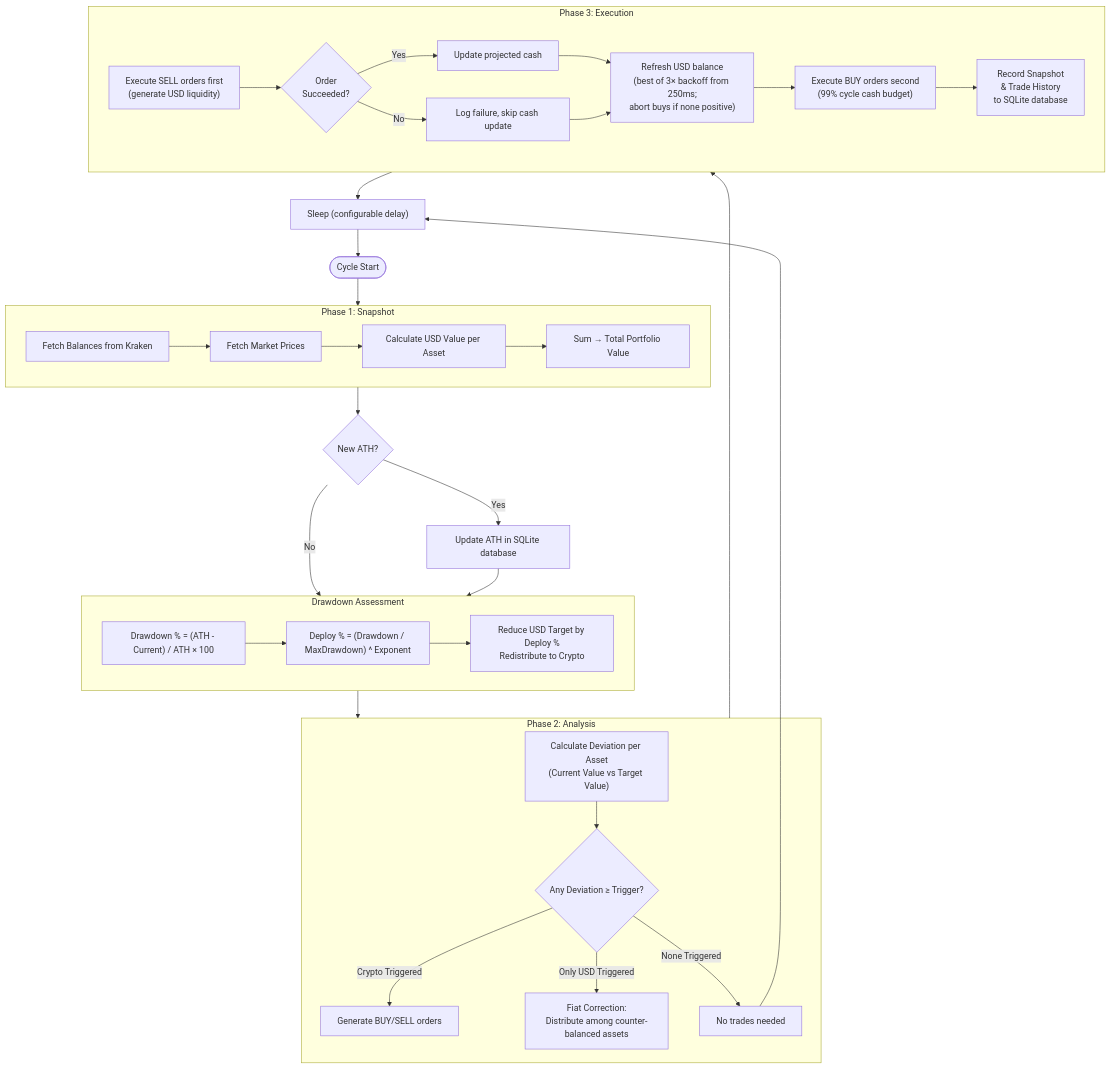
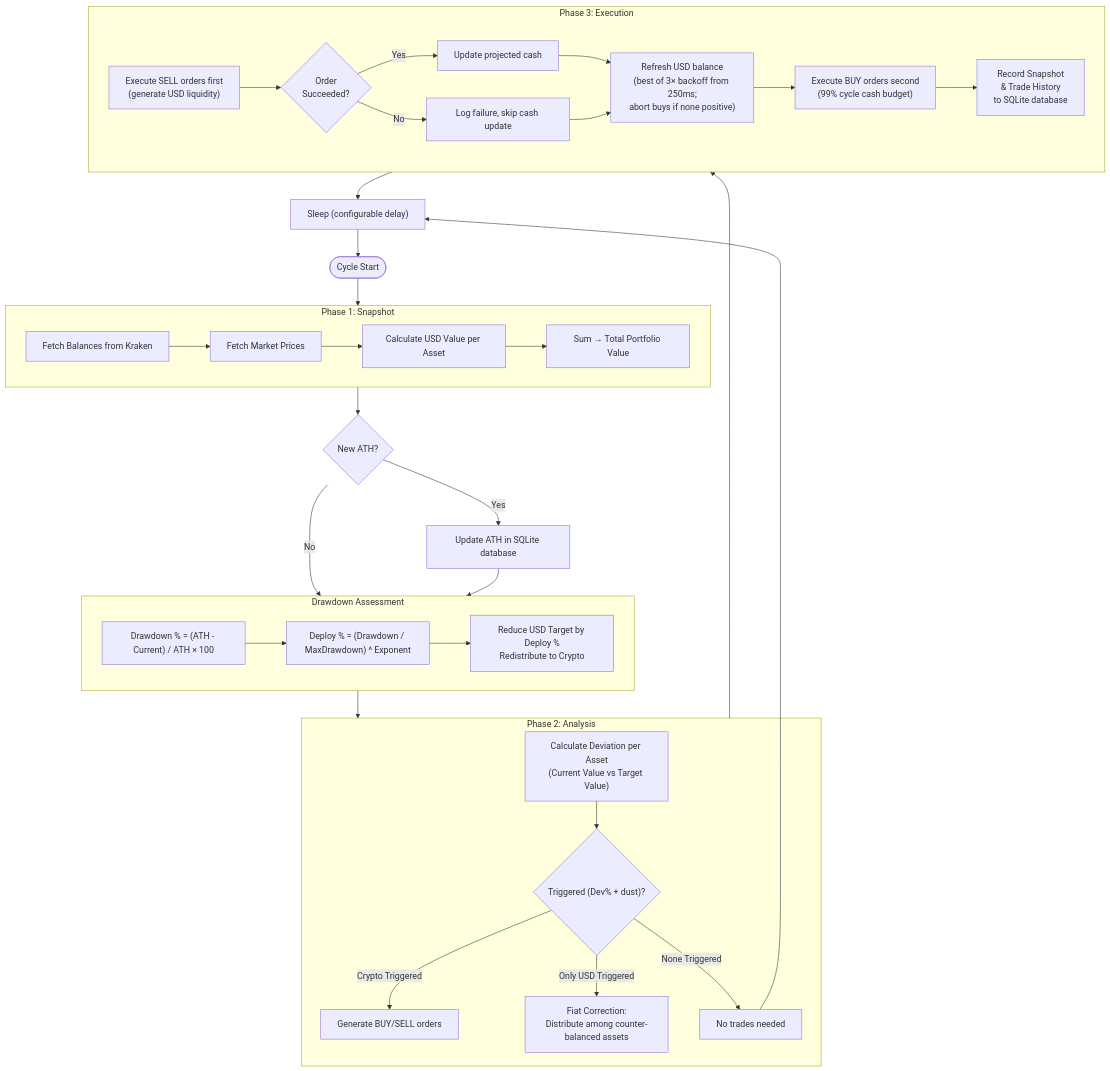
Before and after one commit to HyperVon/new-kraken-rebalancer: the diagram in docs/ALGORITHM.md, drawn with Mermaid. The commit also changed other lines of this file and 19 other files, not shown here.

````diff
--- a/docs/ALGORITHM.md
+++ b/docs/ALGORITHM.md
@@ -9,47 +9,47 @@
 ```mermaid
 flowchart TD
     START([Cycle Start]) --> SNAP
     
     subgraph SNAP["Phase 1: Snapshot"]
         S1[Fetch Balances from Kraken] --> S2[Fetch Market Prices]
         S2 --> S3["Calculate USD Value per Asset"]
         S3 --> S4["Sum → Total Portfolio Value"]
     end
 
     SNAP --> ATH{New ATH?}
     ATH -- Yes --> SAVE_ATH["Update ATH in SQLite database"]
     ATH -- No --> DD
     SAVE_ATH --> DD
 
     subgraph DD["Drawdown Assessment"]
         DD1["Drawdown % = (ATH - Current) / ATH × 100"]
         DD1 --> DD2["Deploy % = (Drawdown / MaxDrawdown) ^ Exponent"]
         DD2 --> DD3["Reduce USD Target by Deploy %\nRedistribute to Crypto"]
     end
 
     DD --> ANALYSIS
 
     subgraph ANALYSIS["Phase 2: Analysis"]
         A1["Calculate Deviation per Asset\n(Current Value vs Target Value)"]
-        A1 --> A2{"Any Deviation ≥ Trigger?"}
+        A1 --> A2{"Triggered (Dev% + dust)?"}
         A2 -- "Crypto Triggered" --> A3["Generate BUY/SELL orders"]
         A2 -- "Only USD Triggered" --> A4["Fiat Correction:\nDistribute among counter-balanced assets"]
         A2 -- "None Triggered" --> SKIP[No trades needed]
     end
 
     ANALYSIS --> EXEC
 
     subgraph EXEC["Phase 3: Execution"]
         E1["Execute SELL orders first\n(generate USD liquidity)"] --> E1R{"Order\nSucceeded?"}
         E1R -- Yes --> E1C["Update projected cash"]
         E1R -- No --> E1F["Log failure, skip cash update"]
         E1C --> E2
         E1F --> E2
         E2["Refresh USD balance\n(best of 3× backoff from 250ms;\nabort buys if none positive)"] --> E3["Execute BUY orders second\n(99% cycle cash budget)"]
         E3 --> E4["Record Snapshot\n& Trade History\nto SQLite database"]
     end
 
     EXEC --> SLEEP["Sleep (configurable delay)"]
     SKIP --> SLEEP
     SLEEP --> START
 ```
````
